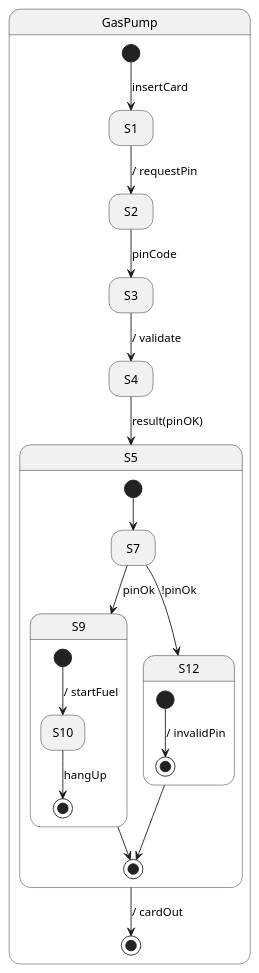
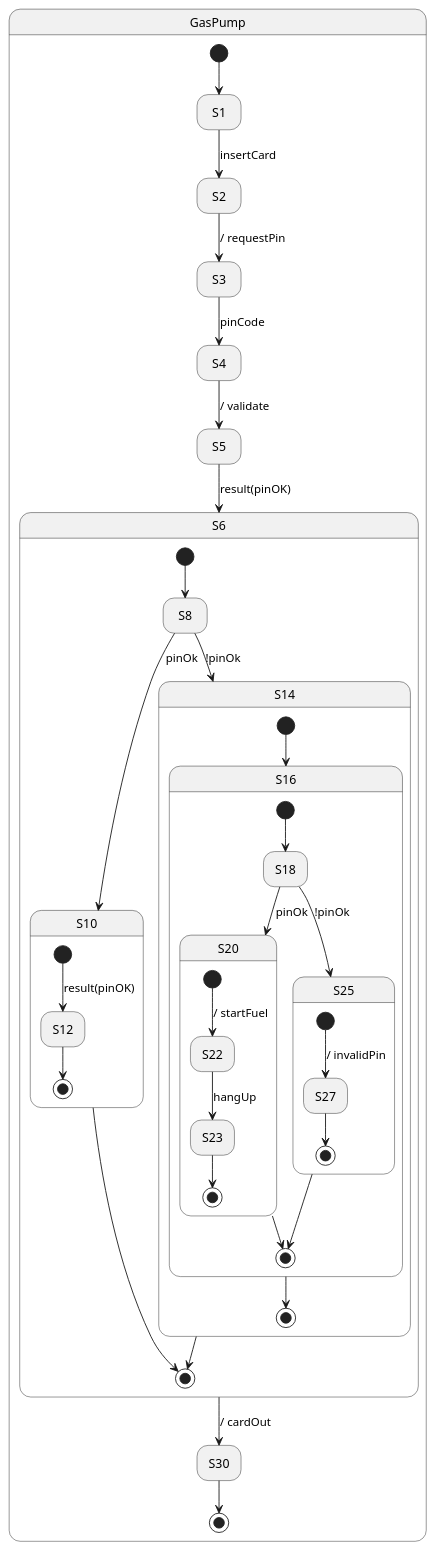
The diagram in swtp2/test.plantuml (lkdev97/swtp_impl), drawn with PlantUML before and after one commit. The commit also changed 3 other files, not shown here.

```diff
--- a/swtp2/test.plantuml
+++ b/swtp2/test.plantuml
@@ -1,25 +1,44 @@
 @startuml
 hide empty description
 state GasPump {
-[*] --> S1: insertCard
-S1 --> S2: / requestPin
-S2 --> S3: pinCode
-S3 --> S4: / validate
-S4 --> S5: result(pinOK)
-state S5 {
-[*] --> S7
-S7 --> S9: pinOk
-state S9 {
-[*] --> S10: / startFuel
-S10 --> [*]: hangUp
-}
-S9 --> [*]
-S7 --> S12: !pinOk
-state S12 {
-[*] --> [*]: / invalidPin
-}
+[*] --> S1
+S1 --> S2: insertCard
+S2 --> S3: / requestPin
+S3 --> S4: pinCode
+S4 --> S5: / validate
+S5 --> S6: result(pinOK)
+state S6 {
+[*] --> S8
+S8 --> S10: pinOk
+state S10 {
+[*] --> S12: result(pinOK)
 S12 --> [*]
 }
-S5 --> [*]: / cardOut
+S10 --> [*]
+S8 --> S14: !pinOk
+state S14 {
+[*] --> S16
+state S16 {
+[*] --> S18
+S18 --> S20: pinOk
+state S20 {
+[*] --> S22: / startFuel
+S22 --> S23: hangUp
+S23 --> [*]
+}
+S20 --> [*]
+S18 --> S25: !pinOk
+state S25 {
+[*] --> S27: / invalidPin
+S27 --> [*]
+}
+S25 --> [*]
+}
+S16 --> [*]
+}
+S14 --> [*]
+}
+S6 --> S30: / cardOut
+S30 --> [*]
 }
 @enduml
```
